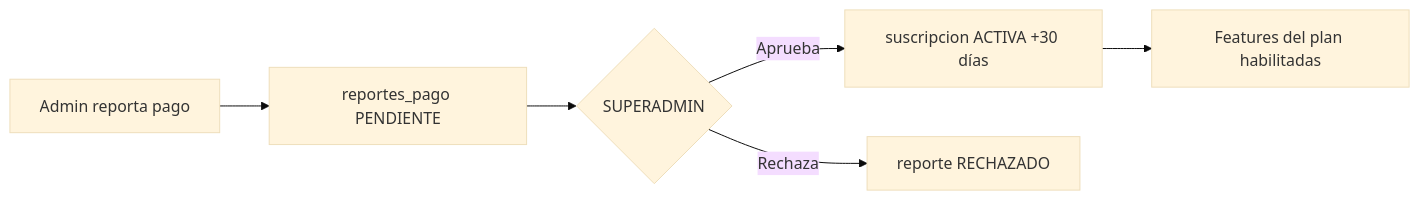
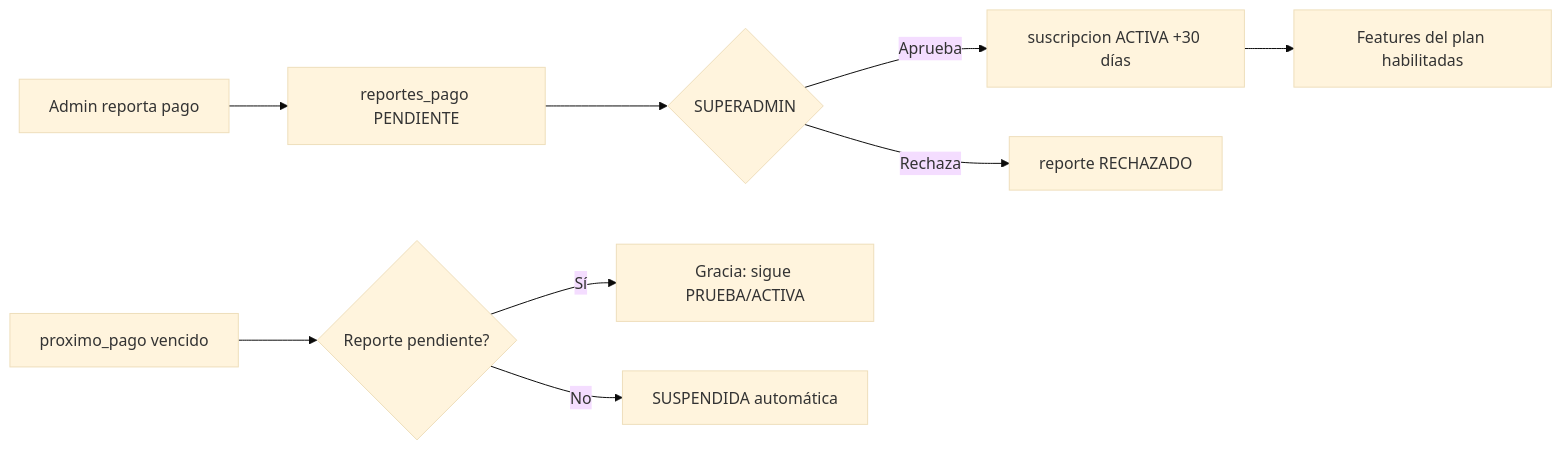
Before and after one commit to henkivzla/haru_back: the second of 2 diagrams in docs/flujo-sistema-y-roles.md, drawn with Mermaid (base theme). The commit also changed other lines of this file and 3 other files, not shown here.

Commit message:
feat(subscriptions): auto-suspend when proximo_pago expires with grace for pending reports

````diff
--- a/docs/flujo-sistema-y-roles.md
+++ b/docs/flujo-sistema-y-roles.md
@@ -112,8 +112,11 @@
 ```mermaid
 flowchart LR
   A[Admin reporta pago] --> B[reportes_pago PENDIENTE]
   B --> C{SUPERADMIN}
   C -->|Aprueba| D[suscripcion ACTIVA +30 días]
   C -->|Rechaza| E[reporte RECHAZADO]
   D --> F[Features del plan habilitadas]
+  G[proximo_pago vencido] --> H{Reporte pendiente?}
+  H -->|Sí| I[Gracia: sigue PRUEBA/ACTIVA]
+  H -->|No| J[SUSPENDIDA automática]
 ```
````
